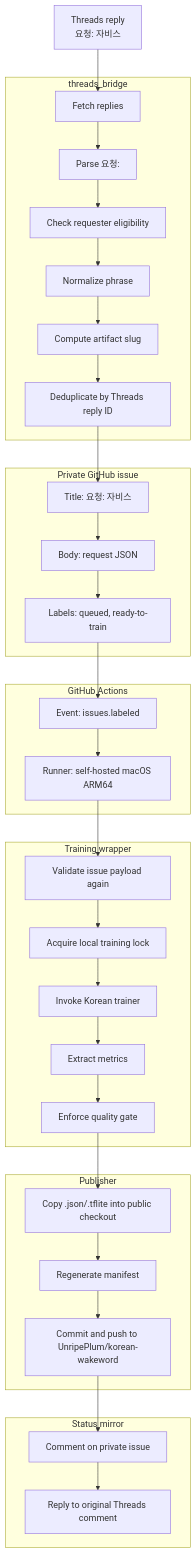
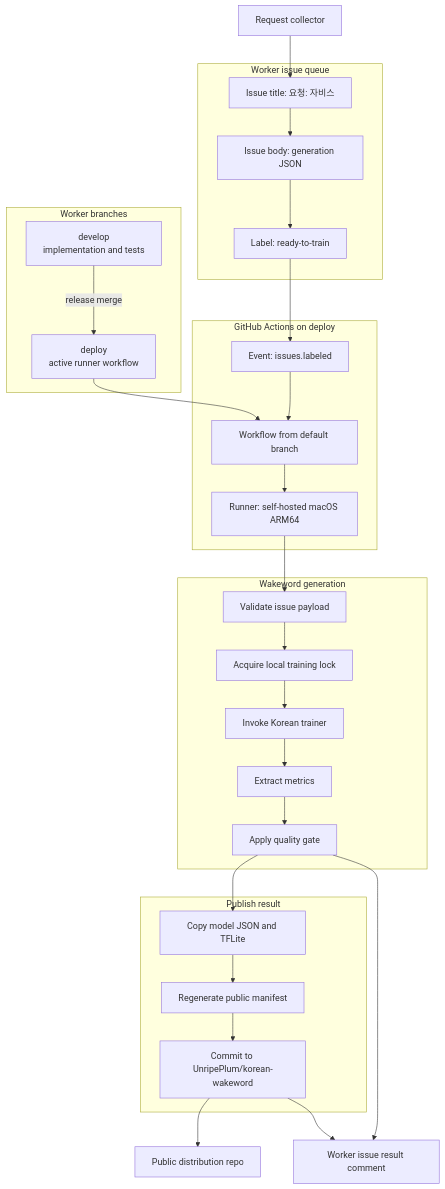
One commit to UnripePlum/korean-wakeword changed the first of 3 diagrams in docs/ARCHITECTURE.md. Above: the diagram before and after it, drawn with Mermaid. The commit also changed other lines of this file and 8 other files, not shown here.

Commit message:
Redesign worker as public issue-driven generator

````diff
--- a/docs/ARCHITECTURE.md
+++ b/docs/ARCHITECTURE.md
@@ -22,50 +11,47 @@
 ```mermaid
 flowchart TD
-    A["Threads reply<br/>요청: 자비스"]
+    A["Request collector"]
 
-    subgraph BRIDGE["threads_bridge"]
-        B1["Fetch replies"]
-        B2["Parse 요청:"]
-        B3["Check requester eligibility"]
-        B4["Normalize phrase"]
-        B5["Compute artifact slug"]
-        B6["Deduplicate by Threads reply ID"]
+    subgraph ISSUE["Worker issue queue"]
+        B1["Issue title: 요청: 자비스"]
+        B2["Issue body: generation JSON"]
+        B3["Label: ready-to-train"]
     end
 
-    subgraph ISSUE["Private GitHub issue"]
-        C1["Title: 요청: 자비스"]
-        C2["Body: request JSON"]
-        C3["Labels: queued, ready-to-train"]
+    subgraph BRANCHES["Worker branches"]
+        C1["develop<br/>implementation and tests"]
+        C2["deploy<br/>active runner workflow"]
     end
 
-    subgraph ACTIONS["GitHub Actions"]
+    subgraph ACTIONS["GitHub Actions on deploy"]
         D1["Event: issues.labeled"]
-        D2["Runner: self-hosted macOS ARM64"]
+        D2["Workflow from default branch"]
+        D3["Runner: self-hosted macOS ARM64"]
     end
 
-    subgraph TRAIN["Training wrapper"]
-        E1["Validate issue payload again"]
+    subgraph TRAIN["Wakeword generation"]
+        E1["Validate issue payload"]
         E2["Acquire local training lock"]
         E3["Invoke Korean trainer"]
         E4["Extract metrics"]
-        E5["Enforce quality gate"]
+        E5["Apply quality gate"]
     end
 
-    subgraph PUBLISH["Publisher"]
-        F1["Copy .json/.tflite into public checkout"]
-        F2["Regenerate manifest"]
-        F3["Commit and push to UnripePlum/korean-wakeword"]
+    subgraph PUBLISH["Publish result"]
+        F1["Copy model JSON and TFLite"]
+        F2["Regenerate public manifest"]
+        F3["Commit to UnripePlum/korean-wakeword"]
     end
 
-    subgraph STATUS["Status mirror"]
-        G1["Comment on private issue"]
-        G2["Reply to original Threads comment"]
-    end
+    G["Worker issue result comment"]
+    H["Public distribution repo"]
 
-    A --> B1 --> B2 --> B3 --> B4 --> B5 --> B6
-    B6 --> C1 --> C2 --> C3
-    C3 --> D1 --> D2
-    D2 --> E1 --> E2 --> E3 --> E4 --> E5
-    E5 --> F1 --> F2 --> F3
-    F3 --> G1 --> G2
+    A --> B1 --> B2 --> B3
+    C1 -->|"release merge"| C2
+    B3 --> D1 --> D2 --> D3
+    C2 --> D2
+    D3 --> E1 --> E2 --> E3 --> E4 --> E5
+    E5 --> F1 --> F2 --> F3 --> H
+    E5 --> G
+    F3 --> G
 ```
````
